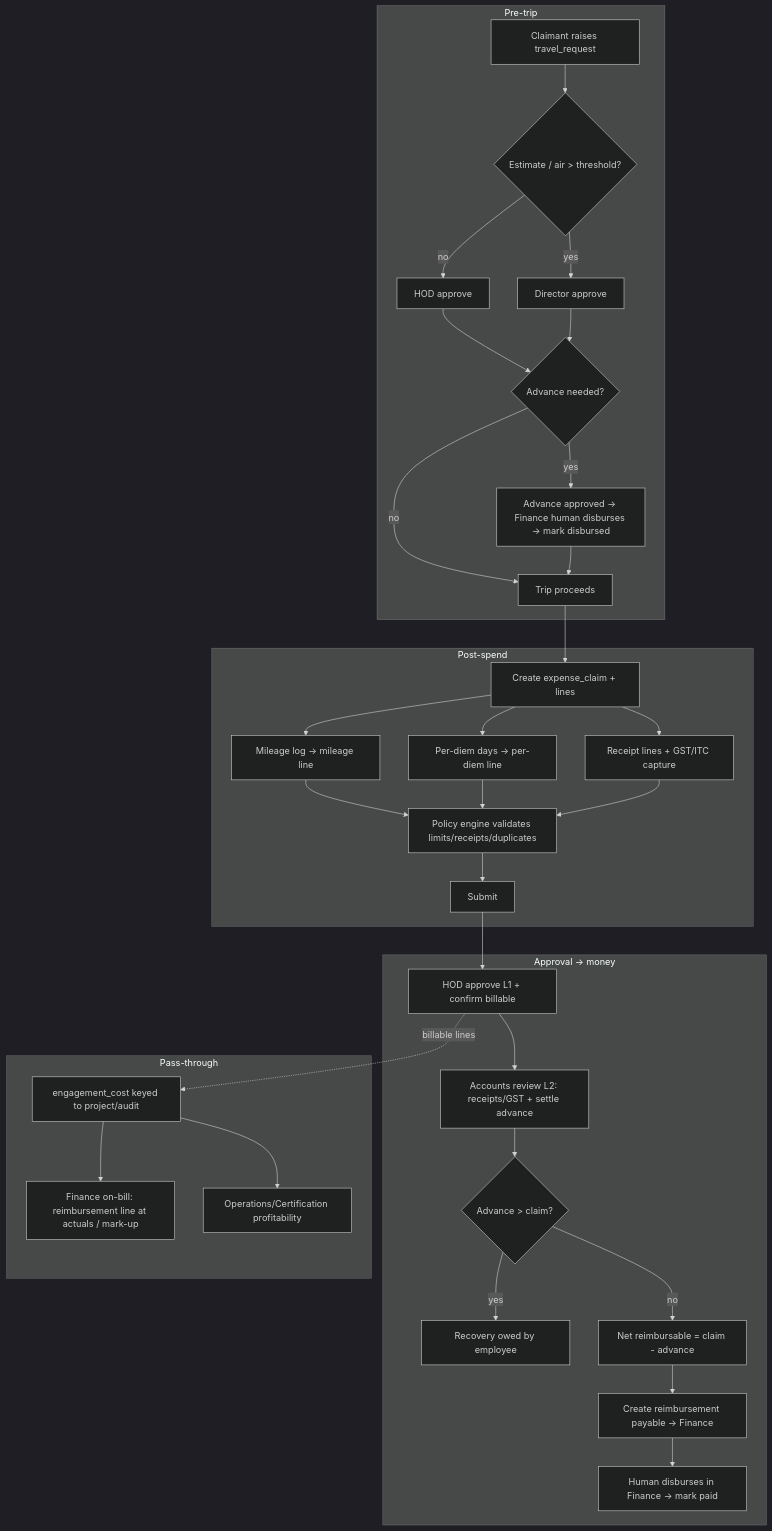
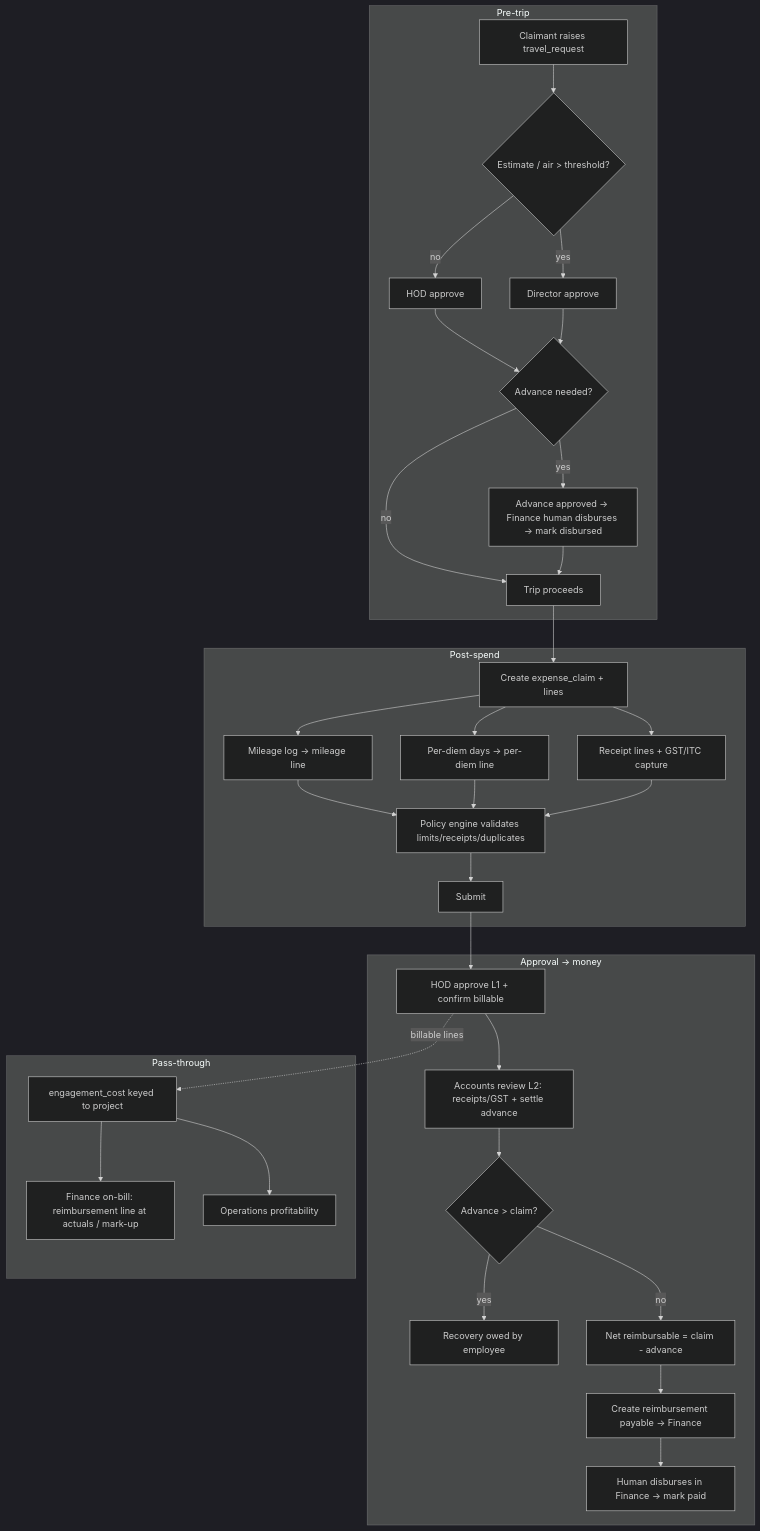
One commit to taruntps/tps-oms changed the first of 4 diagrams in docs/architecture/modules/expenses.md. Above: the diagram before and after it, drawn with Mermaid (dark theme). The commit also changed other lines of this file and 21 other files, not shown here.

````diff
--- a/docs/architecture/modules/expenses.md
+++ b/docs/architecture/modules/expenses.md
@@ -59,37 +61,37 @@
 ```mermaid
 flowchart TD
   subgraph Travel[Pre-trip]
     A[Claimant raises travel_request] --> B{Estimate / air > threshold?}
     B -- no --> C[HOD approve]
     B -- yes --> D[Director approve]
     C --> E{Advance needed?}
     D --> E
     E -- yes --> F[Advance approved -> Finance human disburses -> mark disbursed]
     E -- no --> G[Trip proceeds]
     F --> G
   end
   subgraph Claim[Post-spend]
     G --> H[Create expense_claim + lines]
     H --> I[Mileage log -> mileage line]
     H --> J[Per-diem days -> per-diem line]
     H --> K[Receipt lines + GST/ITC capture]
     I --> L[Policy engine validates limits/receipts/duplicates]
     J --> L
     K --> L
     L --> M[Submit]
   end
   subgraph Approve[Approval -> money]
     M --> N[HOD approve L1 + confirm billable]
     N --> O[Accounts review L2: receipts/GST + settle advance]
     O --> P{Advance > claim?}
     P -- yes --> Q[Recovery owed by employee]
     P -- no --> R[Net reimbursable = claim - advance]
     R --> S[Create reimbursement payable -> Finance]
     S --> T[Human disburses in Finance -> mark paid]
   end
   subgraph Billable[Pass-through]
-    N -.billable lines.-> U[engagement_cost keyed to project/audit]
+    N -.billable lines.-> U[engagement_cost keyed to project]
     U --> V[Finance on-bill: reimbursement line at actuals / mark-up]
-    U --> W[Operations/Certification profitability]
+    U --> W[Operations profitability]
   end
 ```
````
